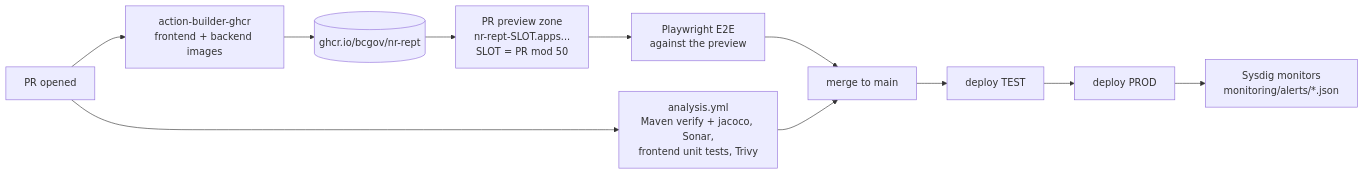
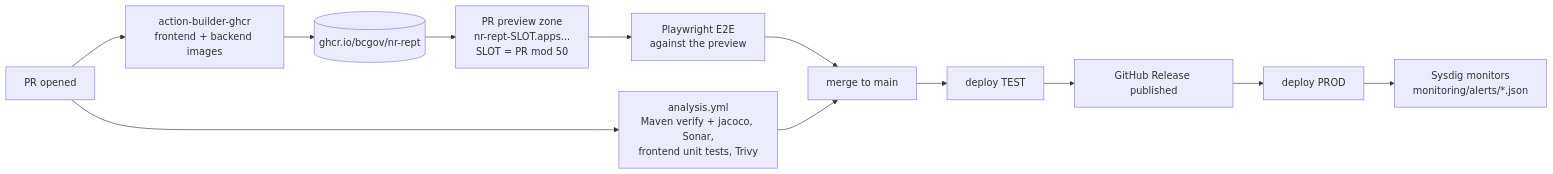
Before and after one commit to bcgov/nr-rept: the second of 2 diagrams in README.md, drawn with Mermaid. The commit also changed 4 other files, not shown here.

Commit message:
ci: release-based PROD deploy (#45)

````diff
--- a/README.md
+++ b/README.md
@@ -49,12 +49,13 @@
 ```mermaid
 flowchart LR
     pr["PR opened"] --> build["action-builder-ghcr<br/>frontend + backend images"]
     pr --> analysis["analysis.yml<br/>Maven verify + jacoco, Sonar,<br/>frontend unit tests, Trivy"]
     build --> ghcr[("ghcr.io/bcgov/nr-rept")]
     ghcr --> prev["PR preview zone<br/>nr-rept-SLOT.apps...<br/>SLOT = PR mod 50"]
     prev --> e2e["Playwright E2E<br/>against the preview"]
     e2e --> merged["merge to main"]
     analysis --> merged
-    merged --> test["deploy TEST"] --> prod["deploy PROD"]
+    merged --> test["deploy TEST"]
+    test --> release["GitHub Release published"] --> prod["deploy PROD"]
     prod --> sysdig["Sysdig monitors<br/>monitoring/alerts/*.json"]
 ```
````
